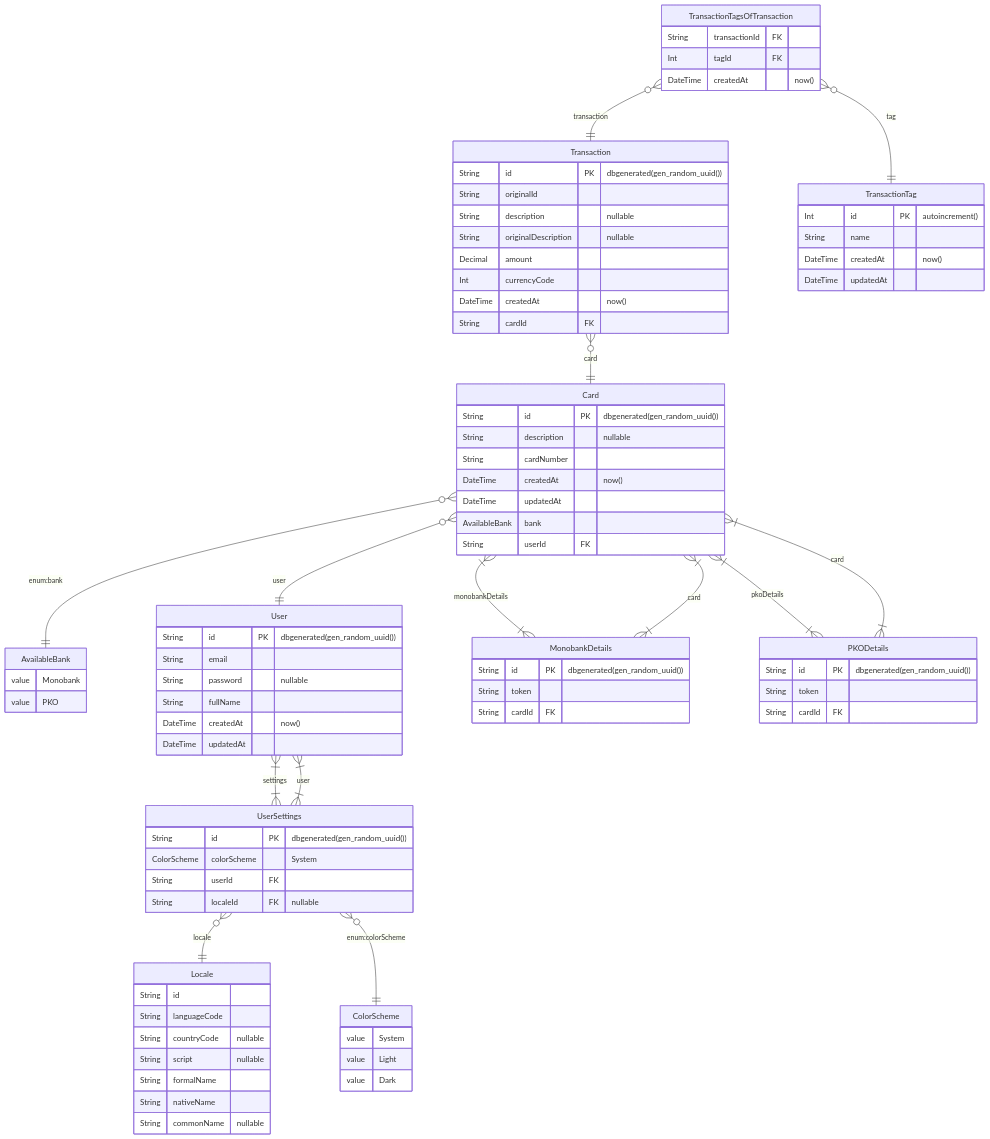
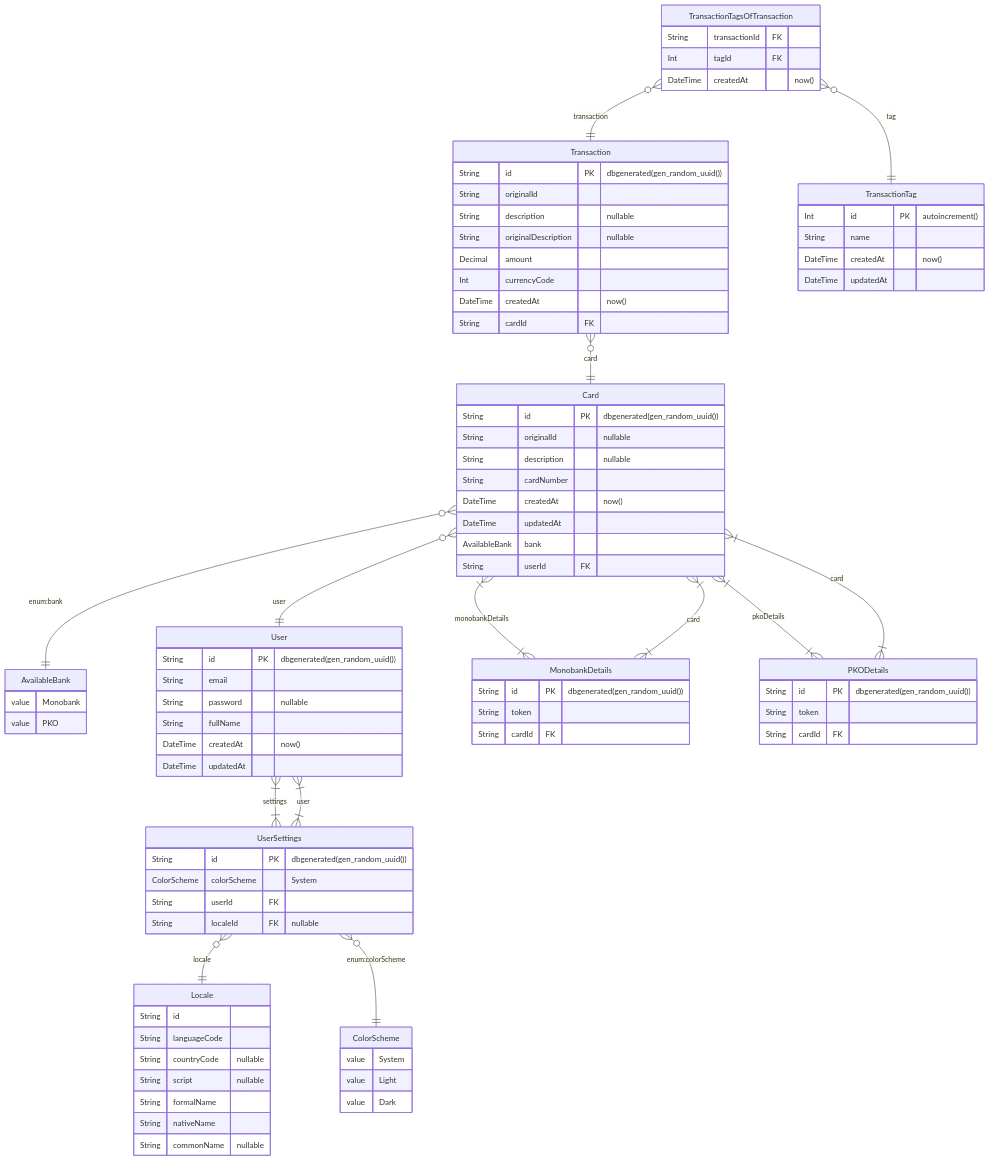
The diagram in src/shared/prisma/ERD.md (quinsberry/budget-tracking-app), drawn with Mermaid before and after one commit. The commit also changed 15 other files, not shown here.

```diff
--- a/src/shared/prisma/ERD.md
+++ b/src/shared/prisma/ERD.md
@@ -34,6 +34,7 @@
 	}
 	Card {
 		String id PK  "dbgenerated(gen_random_uuid())"
+		String originalId  "nullable"
 		String description  "nullable"
 		String cardNumber
 		DateTime createdAt  "now()"
```
